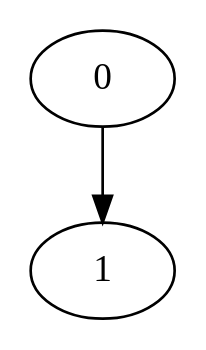
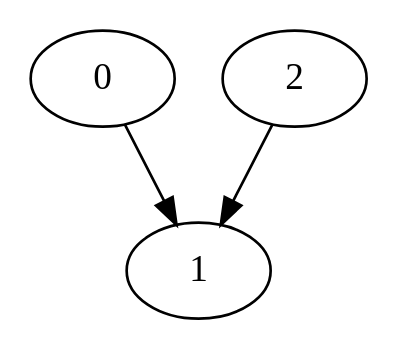
Before and after one commit to sleeepyskies/saarvive-selab23: the diagram in src/systemtest/resources/mapFiles/noMainStreet.dot, drawn with Graphviz. The commit also changed 2 other files, not shown here.

Commit message:
changed config to include side street so only one rule is violated

```diff
--- a/src/systemtest/resources/mapFiles/noMainStreet.dot
+++ b/src/systemtest/resources/mapFiles/noMainStreet.dot
@@ -1,7 +1,9 @@
 digraph G {
 	0;
 	1;
+	2;
 
 	0 -> 1 [village=Hamburg; name=Rose_Way; heightLimit=3; weight=10; primaryType=sideStreet; secondaryType=none;];
+	2 -> 1 [village=Hamburg; name=Umama_Road; heightLimit=3; weight=10; primaryType=sideStreet; secondaryType=none;];
 
 }
```
